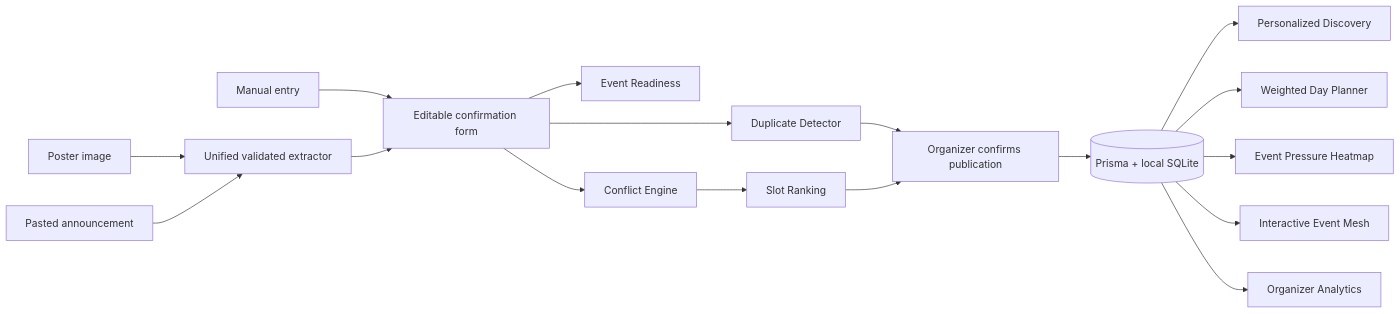
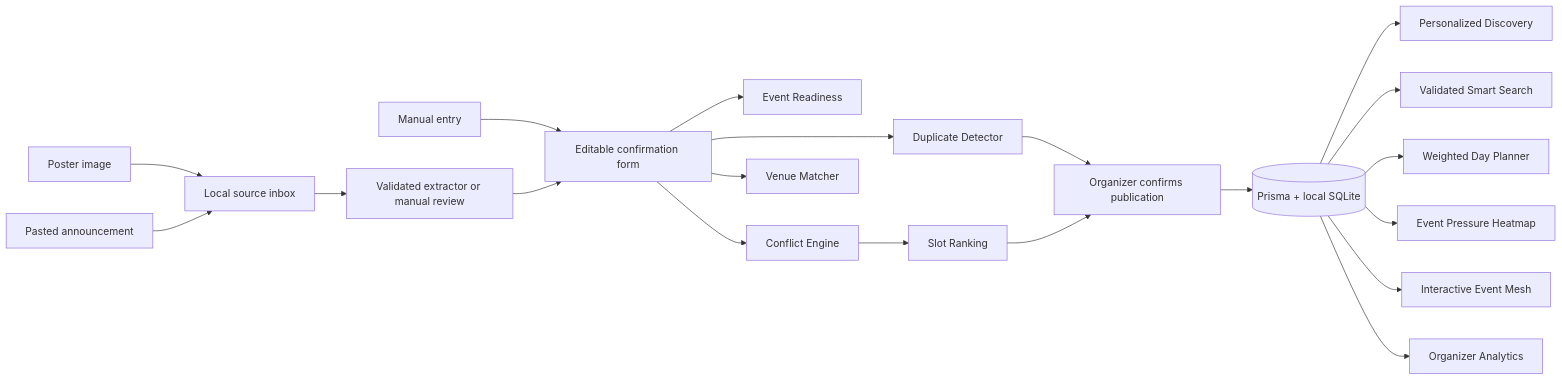
One commit to QuantumArnav/Eventmesh changed the diagram in README.md. Above: the diagram before and after it, drawn with Mermaid. The commit also changed other lines of this file and 41 other files, not shown here.

Commit message:
Add finalist-grade venue, search, inbox, and evaluation flows

````diff
--- a/README.md
+++ b/README.md
@@ -123,19 +147,22 @@
 ```mermaid
 flowchart LR
-  Poster[Poster image] --> Extract[Unified validated extractor]
-  Text[Pasted announcement] --> Extract
+  Poster[Poster image] --> Inbox[Local source inbox]
+  Text[Pasted announcement] --> Inbox
+  Inbox --> Extract[Validated extractor or manual review]
   Manual[Manual entry] --> Review[Editable confirmation form]
   Extract --> Review
   Review --> Ready[Event Readiness]
   Review --> Duplicate[Duplicate Detector]
   Review --> Conflict[Conflict Engine]
+  Review --> Venue[Venue Matcher]
   Conflict --> Scheduling[Slot Ranking]
   Duplicate --> Publish[Organizer confirms publication]
   Scheduling --> Publish
   Publish --> DB[(Prisma + local SQLite)]
   DB --> Discovery[Personalized Discovery]
+  DB --> Search[Validated Smart Search]
   DB --> Planner[Weighted Day Planner]
   DB --> Heatmap[Event Pressure Heatmap]
   DB --> Graph[Interactive Event Mesh]
   DB --> Dashboard[Organizer Analytics]
 ```
````
